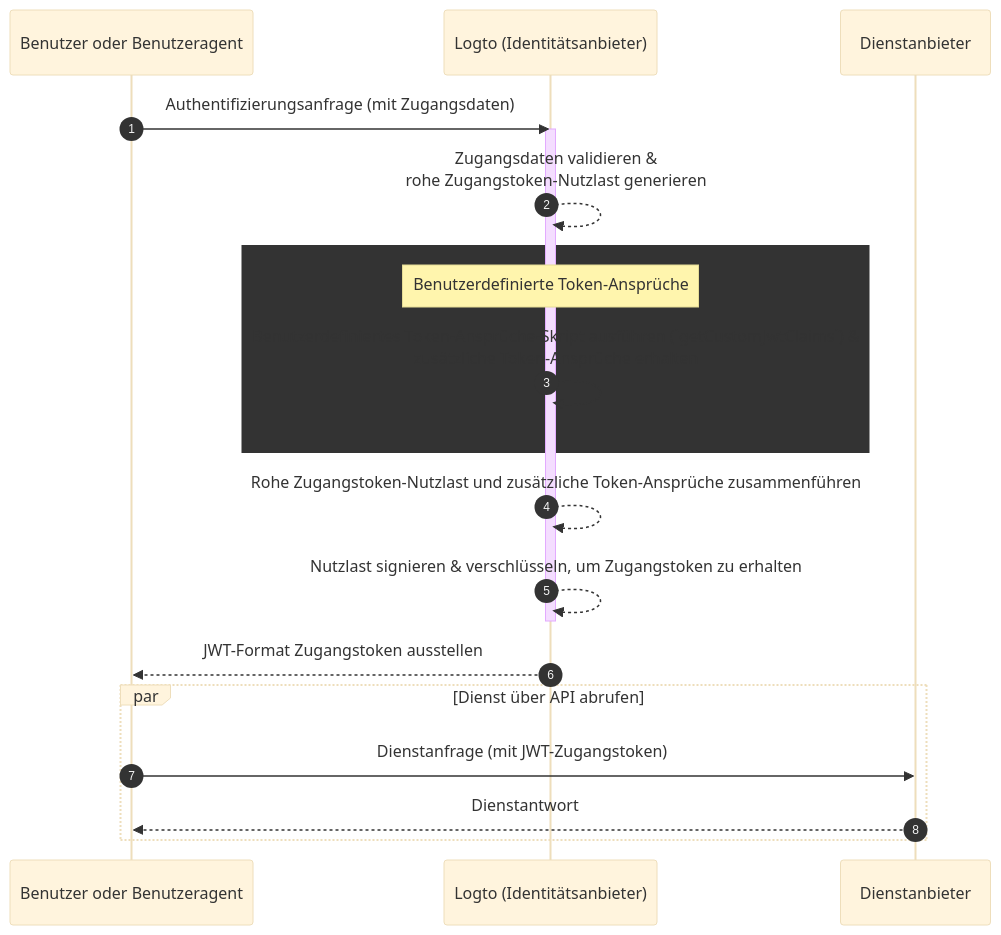
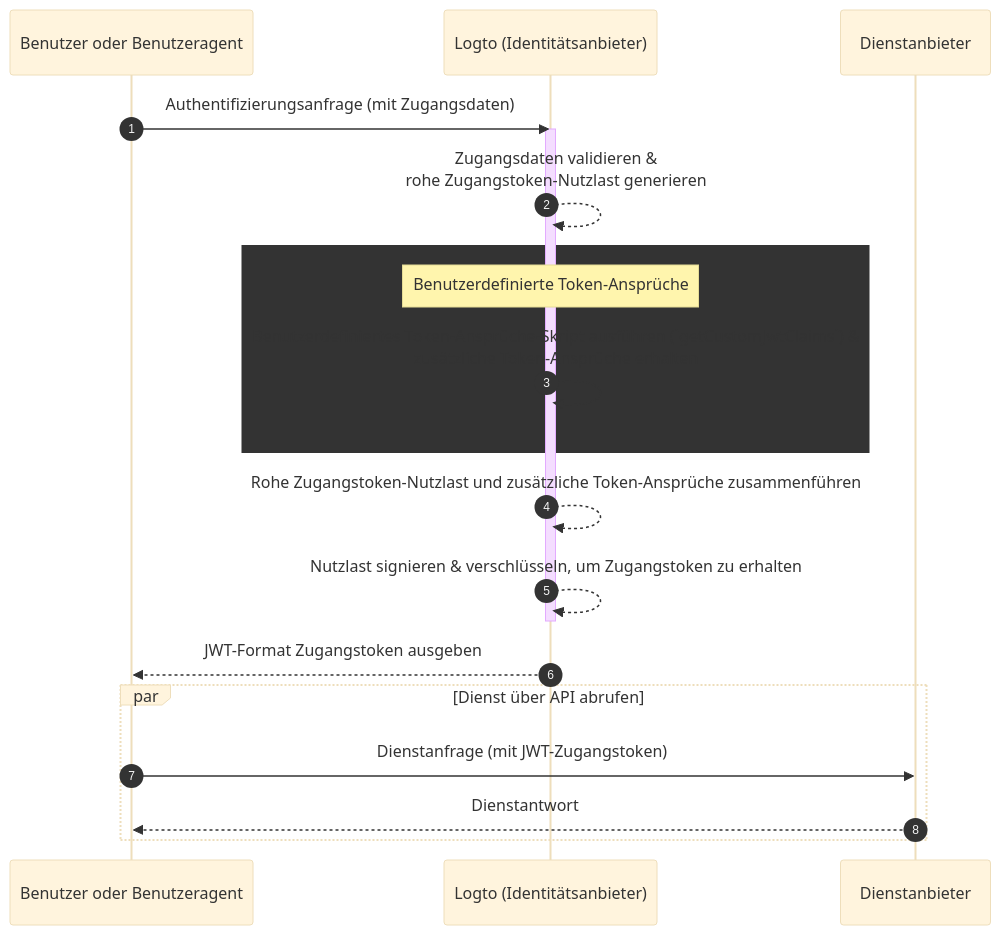
Before and after one commit to logto-io/docs: the diagram in i18n/de/docusaurus-plugin-content-docs/current/developers/custom-token-claims/README.mdx, drawn with Mermaid (base theme). The commit also changed other lines of this file and 666 other files, not shown here.

````diff
--- a/i18n/de/docusaurus-plugin-content-docs/current/developers/custom-token-claims/README.mdx
+++ b/i18n/de/docusaurus-plugin-content-docs/current/developers/custom-token-claims/README.mdx
@@ -26,23 +26,23 @@
 ```mermaid
 sequenceDiagram
   participant U as Benutzer oder Benutzeragent
   participant IdP as Logto (Identitätsanbieter)
   participant SP as Dienstanbieter
 
   autonumber
   U ->> IdP: Authentifizierungsanfrage (mit Zugangsdaten)
   activate IdP
   IdP-->>IdP: Zugangsdaten validieren &<br/>rohe Zugangstoken-Nutzlast generieren
   rect var(--mermaid-rect-fill)
   note over IdP: Benutzerdefinierte Token-Ansprüche
   IdP->>IdP: Benutzerdefiniertes Token-Ansprüche-Skript ausführen (`getCustomJwtClaims`) &<br/>zusätzliche Token-Ansprüche erhalten
   end
   IdP-->>IdP: Rohe Zugangstoken-Nutzlast und zusätzliche Token-Ansprüche zusammenführen
   IdP-->>IdP: Nutzlast signieren & verschlüsseln, um Zugangstoken zu erhalten
   deactivate IdP
-  IdP-->>U: JWT-Format Zugangstoken ausstellen
+  IdP-->>U: JWT-Format Zugangstoken ausgeben
   par Dienst über API abrufen
   U->>SP: Dienstanfrage (mit JWT-Zugangstoken)
   SP-->>U: Dienstantwort
   end
 ```
````
